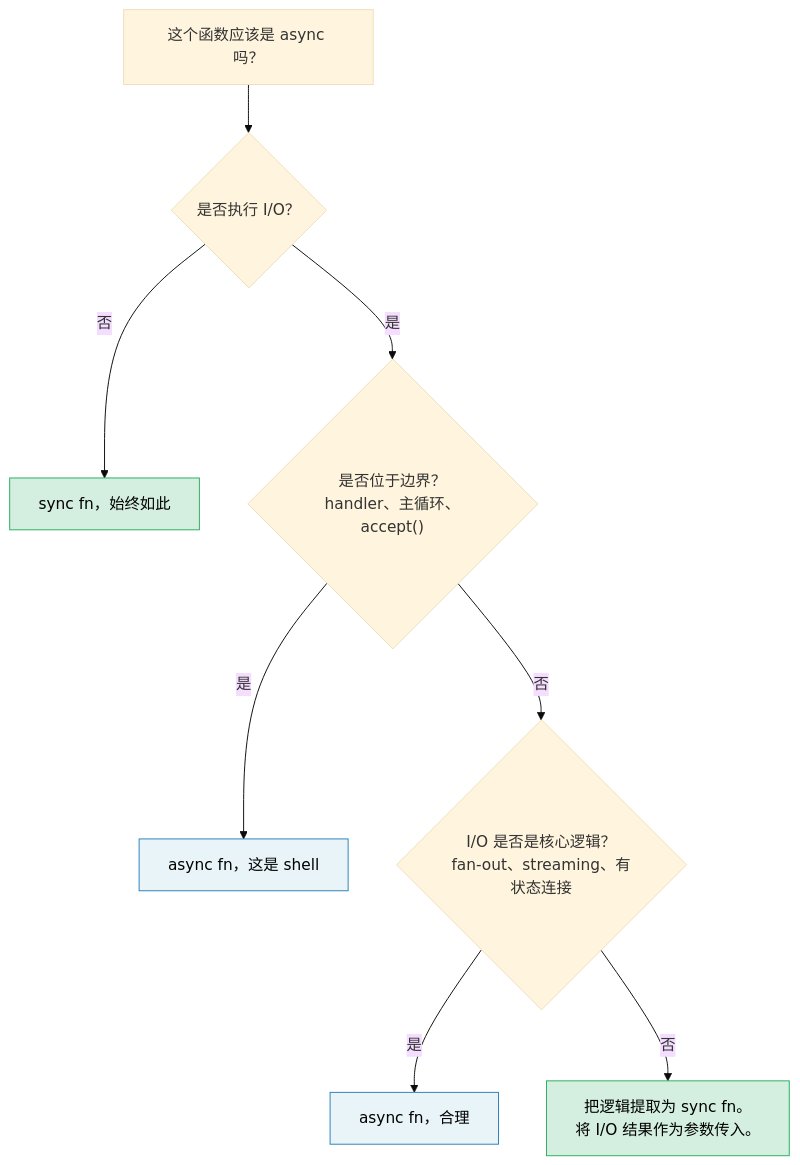
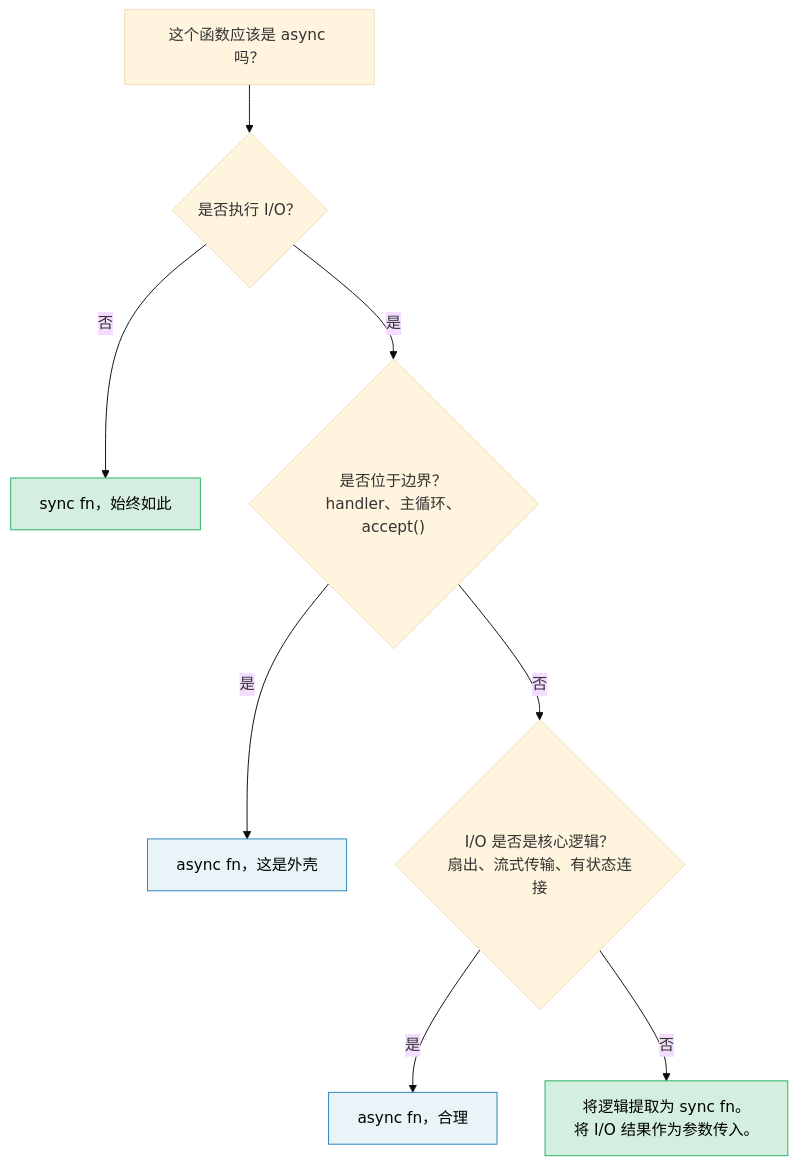
One commit to hearsay316/RustTraining changed the diagram in async-book/src-zh/ch14-async-is-an-optimization-not-an-architecture.md. Above: the diagram before and after it, drawn with Mermaid (base theme). The commit also changed other lines of this file and 20 other files, not shown here.

````diff
--- a/async-book/src-zh/ch14-async-is-an-optimization-not-an-architecture.md
+++ b/async-book/src-zh/ch14-async-is-an-optimization-not-an-architecture.md
@@ -284,15 +332,15 @@
 ```mermaid
 graph TD
     START["这个函数应该是 async 吗？"] --> IO{"是否执行 I/O？"}
     IO -->|否| SYNC["sync fn，始终如此"]
     IO -->|是| BOUNDARY{"是否位于边界？<br/>handler、主循环、accept()"}
-    BOUNDARY -->|是| ASYNC_SHELL["async fn，这是 shell"]
-    BOUNDARY -->|否| CORE_IO{"I/O 是否是核心逻辑？<br/>fan-out、streaming、有状态连接"}
+    BOUNDARY -->|是| ASYNC_SHELL["async fn，这是外壳"]
+    BOUNDARY -->|否| CORE_IO{"I/O 是否是核心逻辑？<br/>扇出、流式传输、有状态连接"}
     CORE_IO -->|是| ASYNC_CORE["async fn，合理"]
-    CORE_IO -->|否| EXTRACT["把逻辑提取为 sync fn。<br/>将 I/O 结果作为参数传入。"]
+    CORE_IO -->|否| EXTRACT["将逻辑提取为 sync fn。<br/>将 I/O 结果作为参数传入。"]
 
     style SYNC fill:#d4efdf,stroke:#27ae60,color:#000
     style ASYNC_SHELL fill:#e8f4f8,stroke:#2980b9,color:#000
     style ASYNC_CORE fill:#e8f4f8,stroke:#2980b9,color:#000
     style EXTRACT fill:#d4efdf,stroke:#27ae60,color:#000
 ```
````
